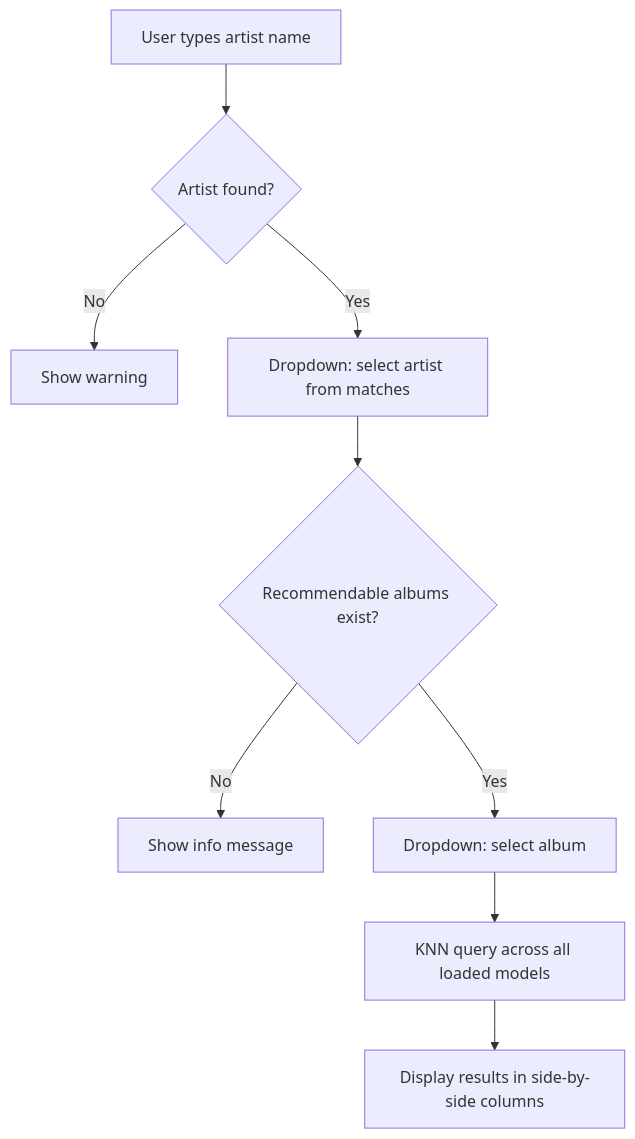
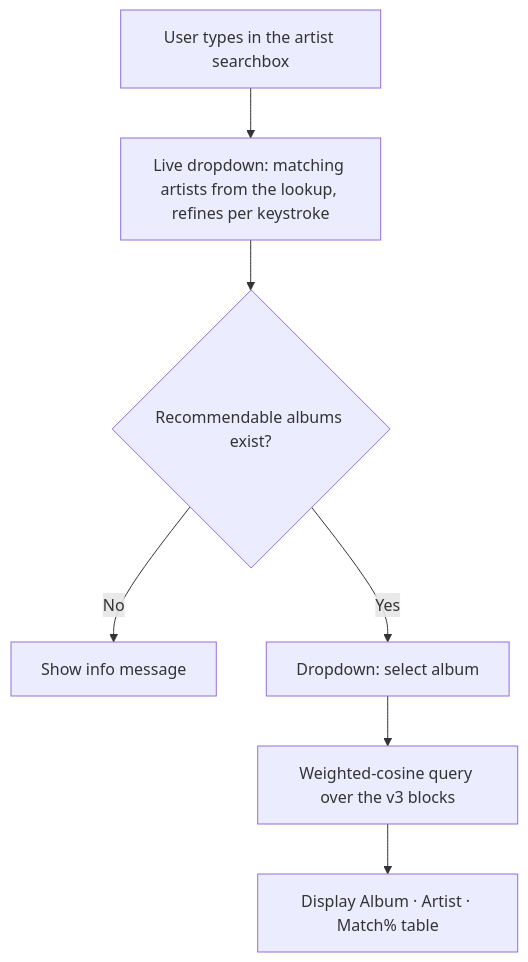
One commit to nmcf/mixtape changed the diagram in docs/05-app.md. Above: the diagram before and after it, drawn with Mermaid. The commit also changed other lines of this file and 11 other files, not shown here.

````diff
--- a/docs/05-app.md
+++ b/docs/05-app.md
@@ -103,11 +102,9 @@
 ```mermaid
 flowchart TD
-    A[User types artist name] --> B{Artist found?}
-    B -- No --> C[Show warning]
-    B -- Yes --> D[Dropdown: select artist from matches]
+    A[User types in the artist searchbox] --> D[Live dropdown: matching artists from the lookup, refines per keystroke]
     D --> E{Recommendable albums exist?}
     E -- No --> F[Show info message]
     E -- Yes --> G[Dropdown: select album]
-    G --> H[KNN query across all loaded models]
-    H --> I[Display results in side-by-side columns]
+    G --> H[Weighted-cosine query over the v3 blocks]
+    H --> I[Display Album · Artist · Match% table]
 ```
````
